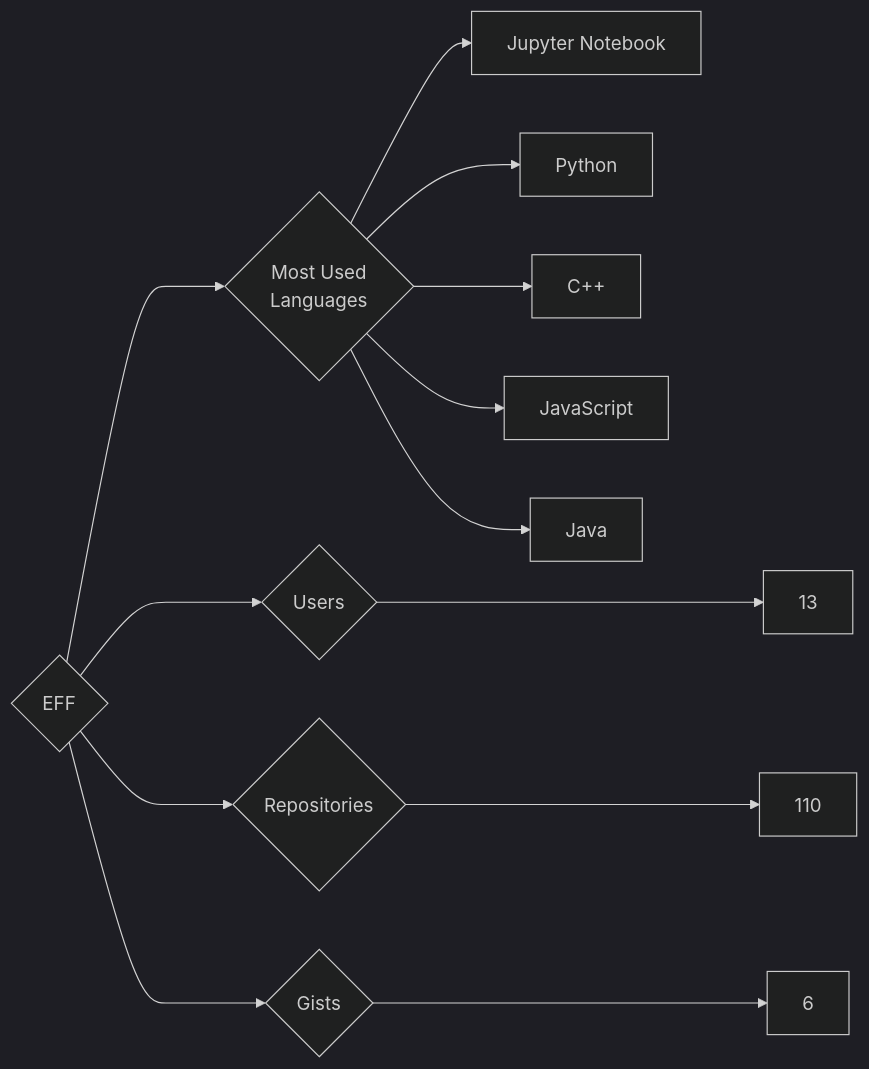
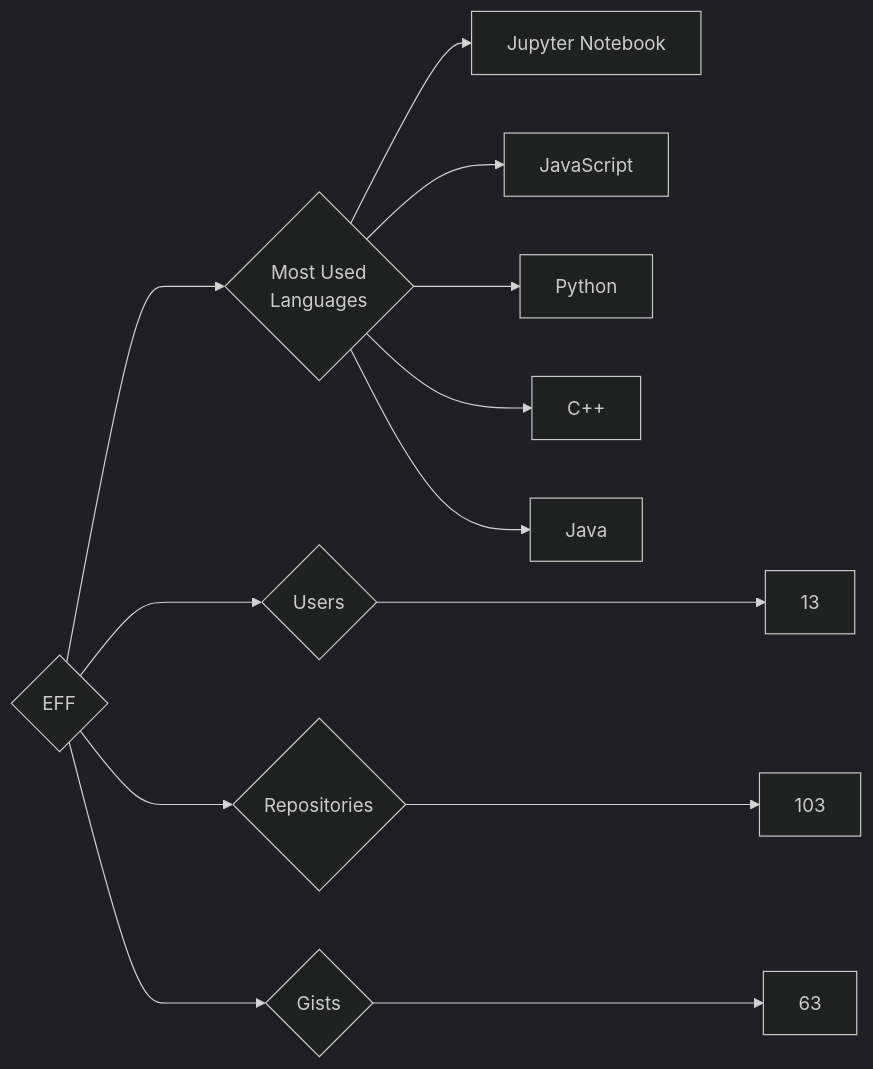
One commit to trickest/insiders changed the diagram in targets/EFF/README.md. Above: the diagram before and after it, drawn with Mermaid (dark theme). The commit also changed 1084 other files, not shown here.

````diff
--- a/targets/EFF/README.md
+++ b/targets/EFF/README.md
@@ -3,13 +3,13 @@
 ```mermaid
 graph LR
 COMPANY_NAME{EFF}
 COMPANY_NAME ---> U{Users} ---> UN[13]
-COMPANY_NAME ---> R{Repositories} ---> RN[110]
-COMPANY_NAME ---> G{Gists} ---> GN[6]
+COMPANY_NAME ---> R{Repositories} ---> RN[103]
+COMPANY_NAME ---> G{Gists} ---> GN[63]
 COMPANY_NAME ---> ML{Most Used<br>Languages}
 ML --> Jupyter_Notebook[Jupyter Notebook]
+ML --> JavaScript[JavaScript]
 ML --> Python[Python]
 ML --> C++[C++]
-ML --> JavaScript[JavaScript]
 ML --> Java[Java]
 ```
````
